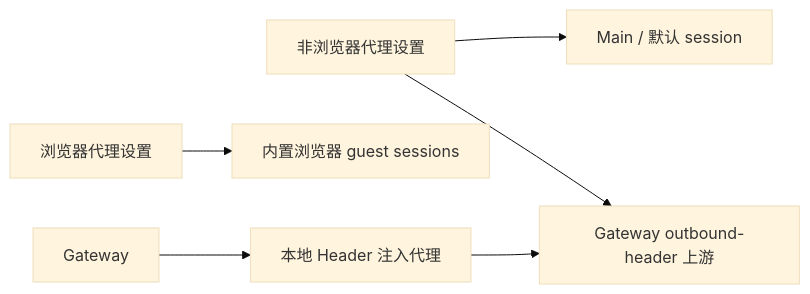
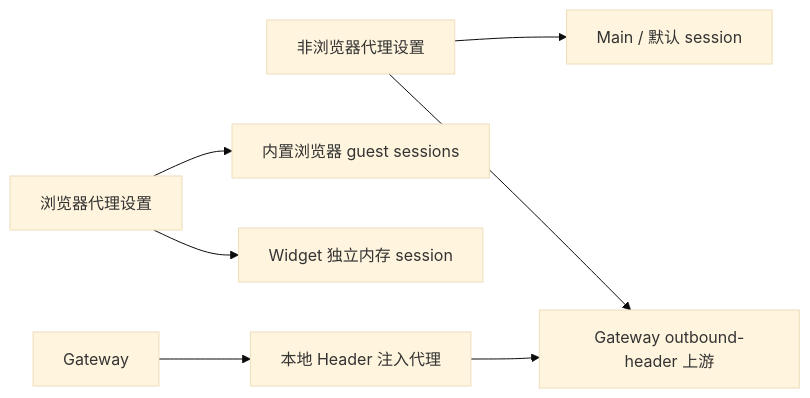
One commit to liangxhao/JustDo changed the first of 6 diagrams in docs/architecture/03-process-model.md. Above: the diagram before and after it, drawn with Mermaid (base theme). The commit also changed other lines of this file and 27 other files, not shown here.

````diff
--- a/docs/architecture/03-process-model.md
+++ b/docs/architecture/03-process-model.md
@@ -45,7 +45,8 @@
 ```mermaid
 flowchart LR
   AP[非浏览器代理设置] --> Default[Main / 默认 session]
   AP --> Header[Gateway outbound-header 上游]
   BP[浏览器代理设置] --> Guest[内置浏览器 guest sessions]
+  BP --> Widget[Widget 独立内存 session]
   Gateway[Gateway] --> Inject[本地 Header 注入代理] --> Header
 ```
````
